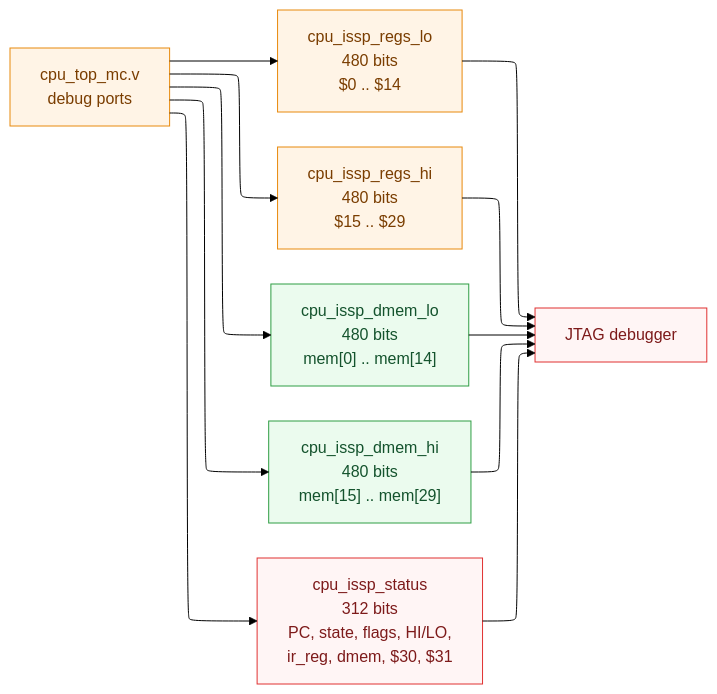
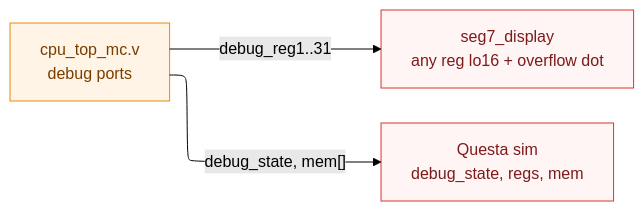
The ninth of 11 diagrams in ARCHITECTURE.md (AtikRahat/mips-multi-cycle-cpu), drawn with Mermaid (forest theme) before and after one commit. The commit also changed other lines of this file and 100 other files, not shown here.

First line of the commit message:
Sync dmem to M9K, add MEM2 state, drop ISSP/debug taps (92% -> 52% LE)

````diff
--- a/ARCHITECTURE.md
+++ b/ARCHITECTURE.md
@@ -591,30 +598,15 @@
 ```mermaid
 %%{init: {"flowchart": {"defaultRenderer": "elk"}} }%%
 flowchart LR
     CPU["cpu_top_mc.v<br/>debug ports"]
-    RLO["cpu_issp_regs_lo<br/>480 bits<br/>$0 .. $14"]
-    RHI["cpu_issp_regs_hi<br/>480 bits<br/>$15 .. $29"]
-    DLO["cpu_issp_dmem_lo<br/>480 bits<br/>mem[0] .. mem[14]"]
-    DHI["cpu_issp_dmem_hi<br/>480 bits<br/>mem[15] .. mem[29]"]
-    STA["cpu_issp_status<br/>312 bits<br/>PC, state, flags, HI/LO,<br/>ir_reg, dmem, $30, $31"]
-    JTAG["JTAG debugger"]
+    SEG["seg7_display<br/>any reg lo16 + overflow dot"]
+    SIM["Questa sim<br/>debug_state, regs, mem"]
 
-    CPU --> RLO
-    CPU --> RHI
-    CPU --> DLO
-    CPU --> DHI
-    CPU --> STA
-
-    RLO --> JTAG
-    RHI --> JTAG
-    DLO --> JTAG
-    DHI --> JTAG
-    STA --> JTAG
+    CPU -->|"debug_reg1..31"| SEG
+    CPU -->|"debug_state, mem[]"| SIM
 
     classDef store fill:#fff4e6,stroke:#e8890c,color:#7a3d00
-    classDef mem fill:#ebfbee,stroke:#2f9e44,color:#14532d
     classDef io fill:#fff5f5,stroke:#e03131,color:#7d1a1a
-    class CPU,RLO,RHI store
-    class DLO,DHI mem
-    class STA,JTAG io
+    class CPU store
+    class SEG,SIM io
 ```
````
